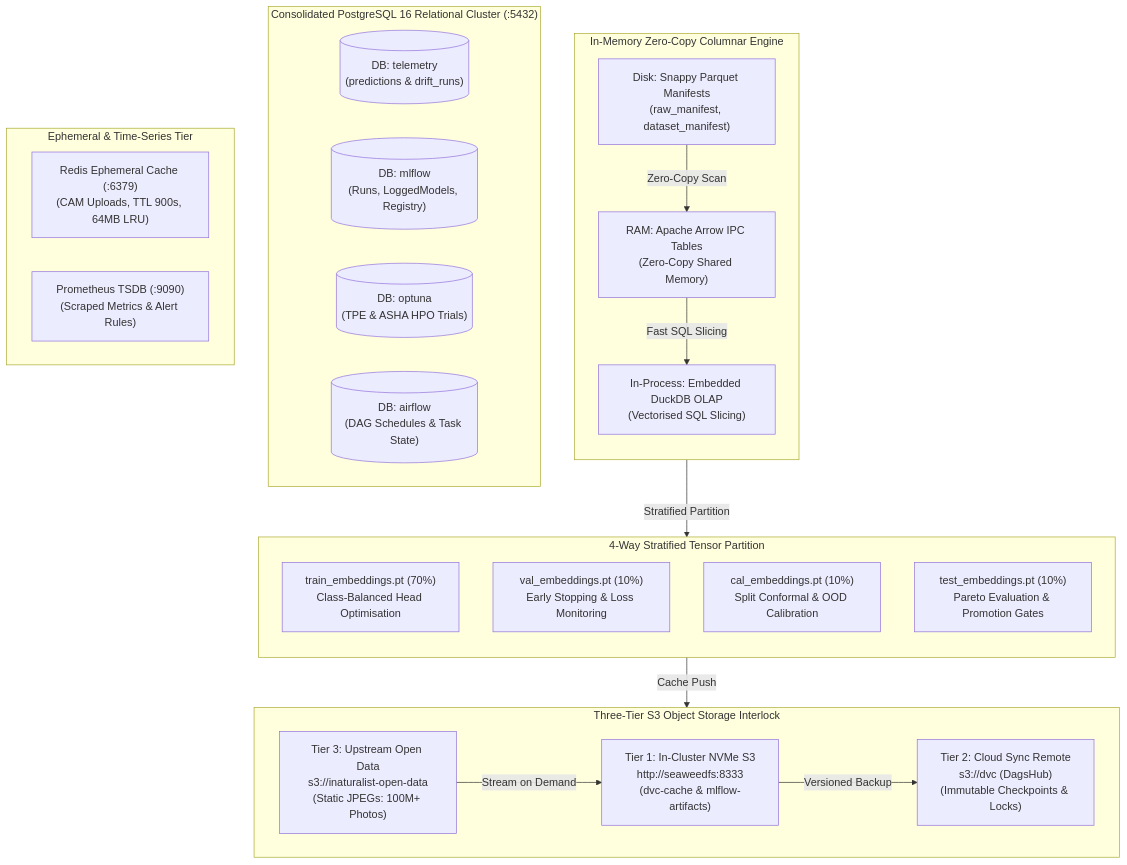
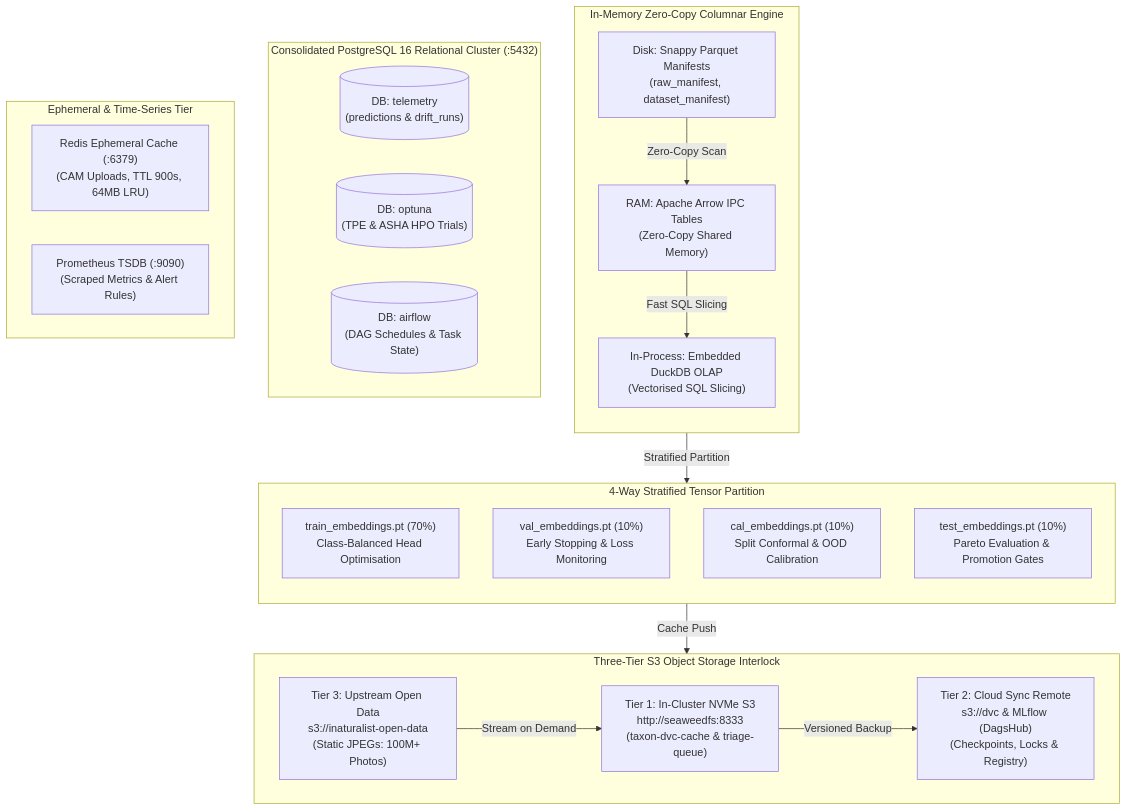
One commit to foersben/taxon-vision-mlops changed the first of 3 diagrams in docs/mlops_pipeline/storage_and_databases.md. Above: the diagram before and after it, drawn with Mermaid. The commit also changed other lines of this file and 19 other files, not shown here.

Commit message:
docs(zensical): synchronise DagsHub MLflow, Evidently 0.7, HPO bounds, and K3s operations

````diff
--- a/docs/mlops_pipeline/storage_and_databases.md
+++ b/docs/mlops_pipeline/storage_and_databases.md
@@ -33,46 +33,45 @@
 ```mermaid
 flowchart TD
     subgraph S3Interlock["Three-Tier S3 Object Storage Interlock"]
         direction LR
         S3Upstream["Tier 3: Upstream Open Data<br/>s3://inaturalist-open-data<br/>(Static JPEGs: 100M+ Photos)"]
-        S3Edge["Tier 1: In-Cluster NVMe S3<br/>http://seaweedfs:8333<br/>(dvc-cache & mlflow-artifacts)"]
-        S3Cloud["Tier 2: Cloud Sync Remote<br/>s3://dvc (DagsHub)<br/>(Immutable Checkpoints & Locks)"]
+        S3Edge["Tier 1: In-Cluster NVMe S3<br/>http://seaweedfs:8333<br/>(taxon-dvc-cache & triage-queue)"]
+        S3Cloud["Tier 2: Cloud Sync Remote<br/>s3://dvc & MLflow (DagsHub)<br/>(Checkpoints, Locks & Registry)"]
     end
 
     subgraph ColumnarEngine["In-Memory Zero-Copy Columnar Engine"]
         direction TB
         ParquetDisk["Disk: Snappy Parquet Manifests<br/>(raw_manifest, dataset_manifest)"]
         ArrowIPC["RAM: Apache Arrow IPC Tables<br/>(Zero-Copy Shared Memory)"]
         DuckDBQuery["In-Process: Embedded DuckDB OLAP<br/>(Vectorised SQL Slicing)"]
     end
 
     subgraph TensorSplits["4-Way Stratified Tensor Partition"]
         direction TB
         TrainT["train_embeddings.pt (70%)<br/>Class-Balanced Head Optimisation"]
         ValT["val_embeddings.pt (10%)<br/>Early Stopping & Loss Monitoring"]
         CalT["cal_embeddings.pt (10%)<br/>Split Conformal & OOD Calibration"]
         TestT["test_embeddings.pt (10%)<br/>Pareto Evaluation & Promotion Gates"]
     end
 
     subgraph RelationalCluster["Consolidated PostgreSQL 16 Relational Cluster (:5432)"]
         direction LR
         PGTelemetry[("DB: telemetry<br/>(predictions & drift_runs)")]
-        PGMLflow[("DB: mlflow<br/>(Runs, LoggedModels, Registry)")]
         PGOptuna[("DB: optuna<br/>(TPE & ASHA HPO Trials)")]
         PGAirflow[("DB: airflow<br/>(DAG Schedules & Task State)")]
     end
 
     subgraph EphemeralTier["Ephemeral & Time-Series Tier"]
         direction LR
         RedisNode["Redis Ephemeral Cache (:6379)<br/>(CAM Uploads, TTL 900s, 64MB LRU)"]
         PromTSDB["Prometheus TSDB (:9090)<br/>(Scraped Metrics & Alert Rules)"]
     end
 
     S3Upstream -->|Stream on Demand| S3Edge
     S3Edge -->|Versioned Backup| S3Cloud
 
     ParquetDisk -->|Zero-Copy Scan| ArrowIPC
     ArrowIPC -->|Fast SQL Slicing| DuckDBQuery
     DuckDBQuery -->|Stratified Partition| TensorSplits
     TensorSplits -->|Cache Push| S3Edge
 ```
````
